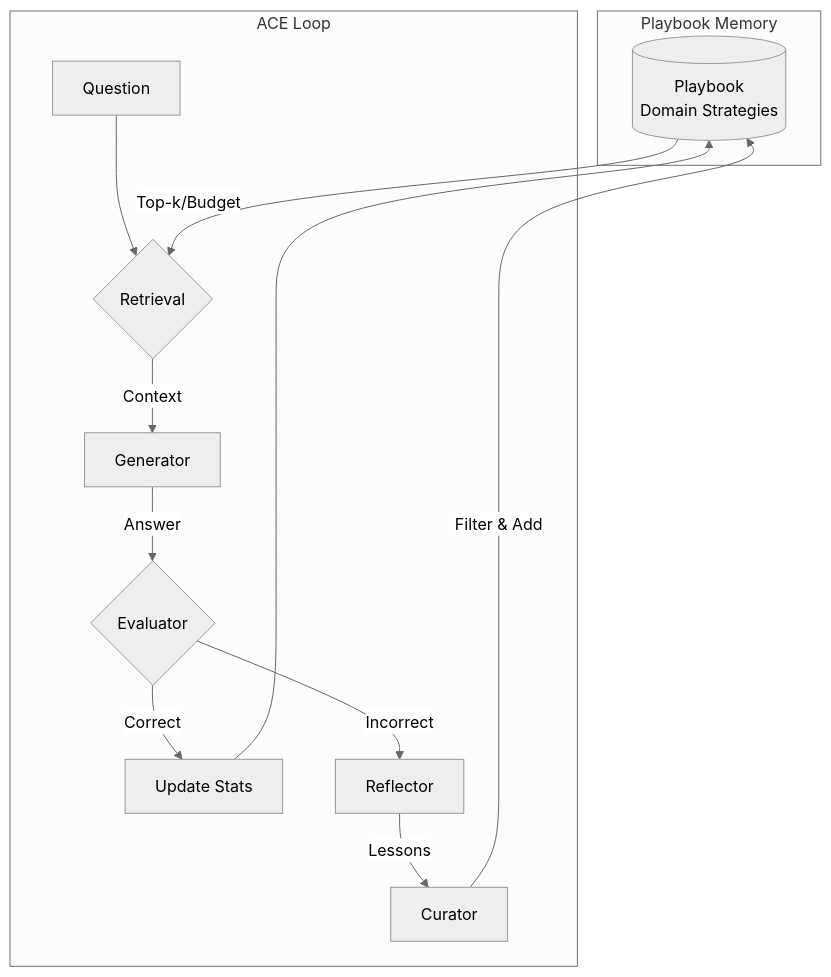
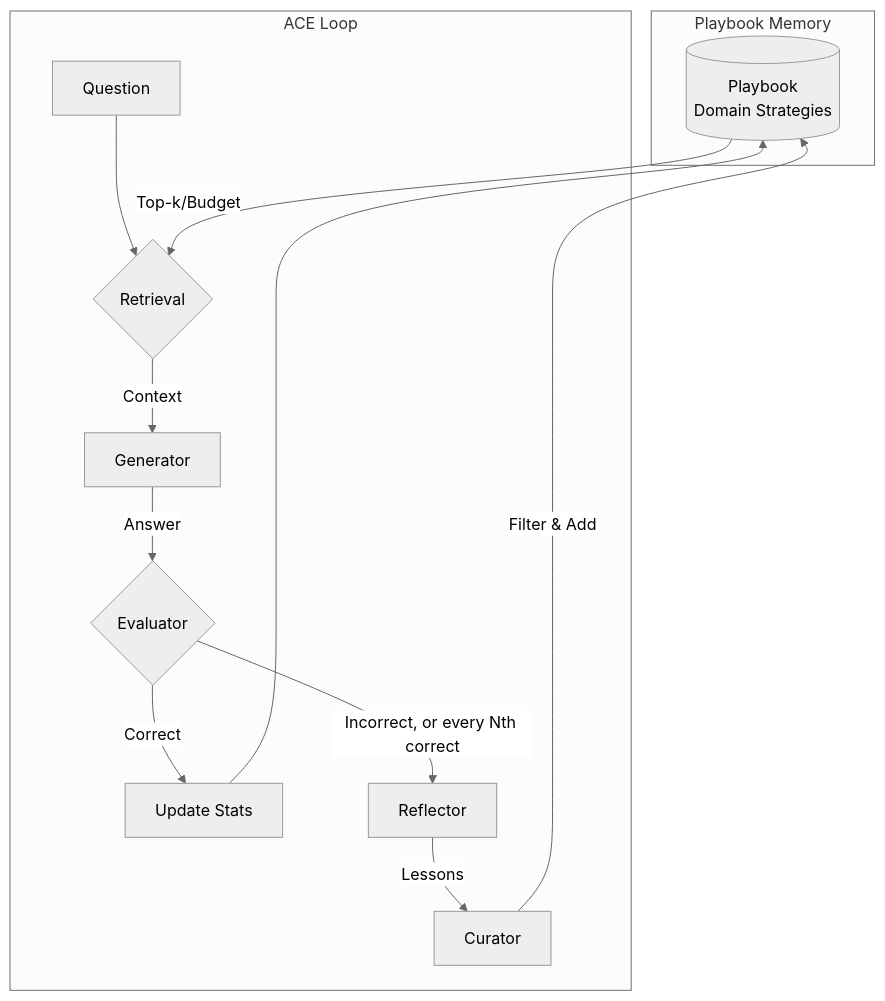
One commit to ancoda-labs/TinyACE changed the diagram in README.md. Above: the diagram before and after it, drawn with Mermaid (neutral theme). The commit also changed other lines of this file and 15 other files, not shown here.

````diff
--- a/README.md
+++ b/README.md
@@ -88,18 +98,18 @@
 ```mermaid
 flowchart TB
     subgraph Memory["Playbook Memory"]
         P[(Playbook<br/>Domain Strategies)]
     end
     
     subgraph ACE["ACE Loop"]
         Q[Question] --> Ret{Retrieval}
         P -->|Top-k/Budget| Ret
         Ret -->|Context| G[Generator]
         G -->|Answer| Eval{Evaluator}
         Eval -->|Correct| Update[Update Stats]
-        Eval -->|Incorrect| Ref[Reflector]
+        Eval -->|Incorrect, or every Nth correct| Ref[Reflector]
         Ref -->|Lessons| Cur[Curator]
         Cur -->|Filter & Add| P
         Update --> P
     end
 ```
````
